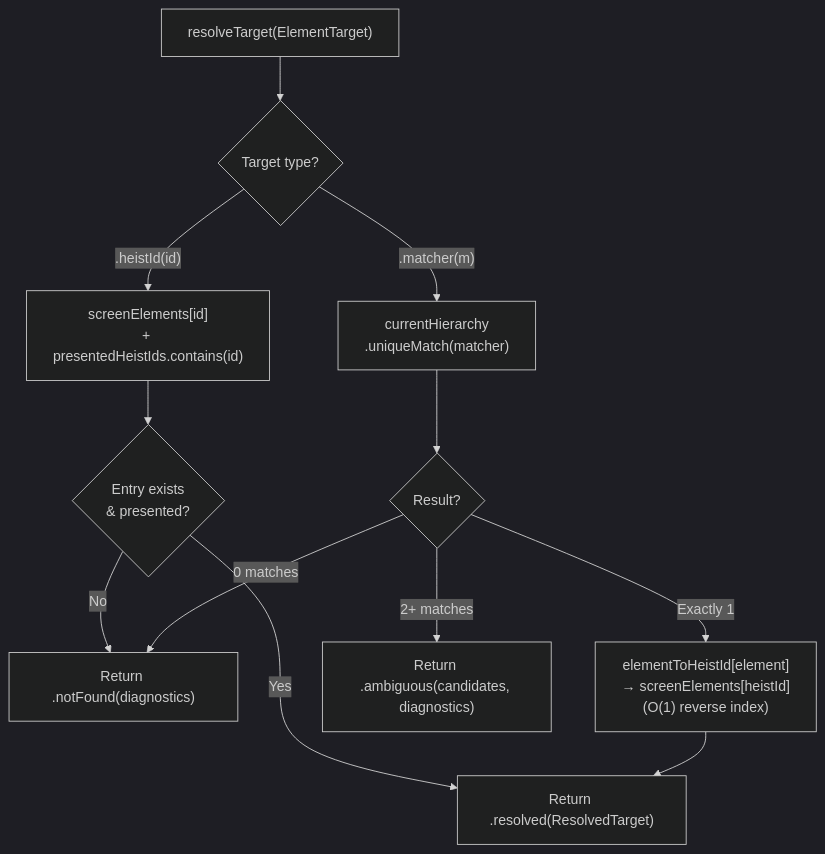
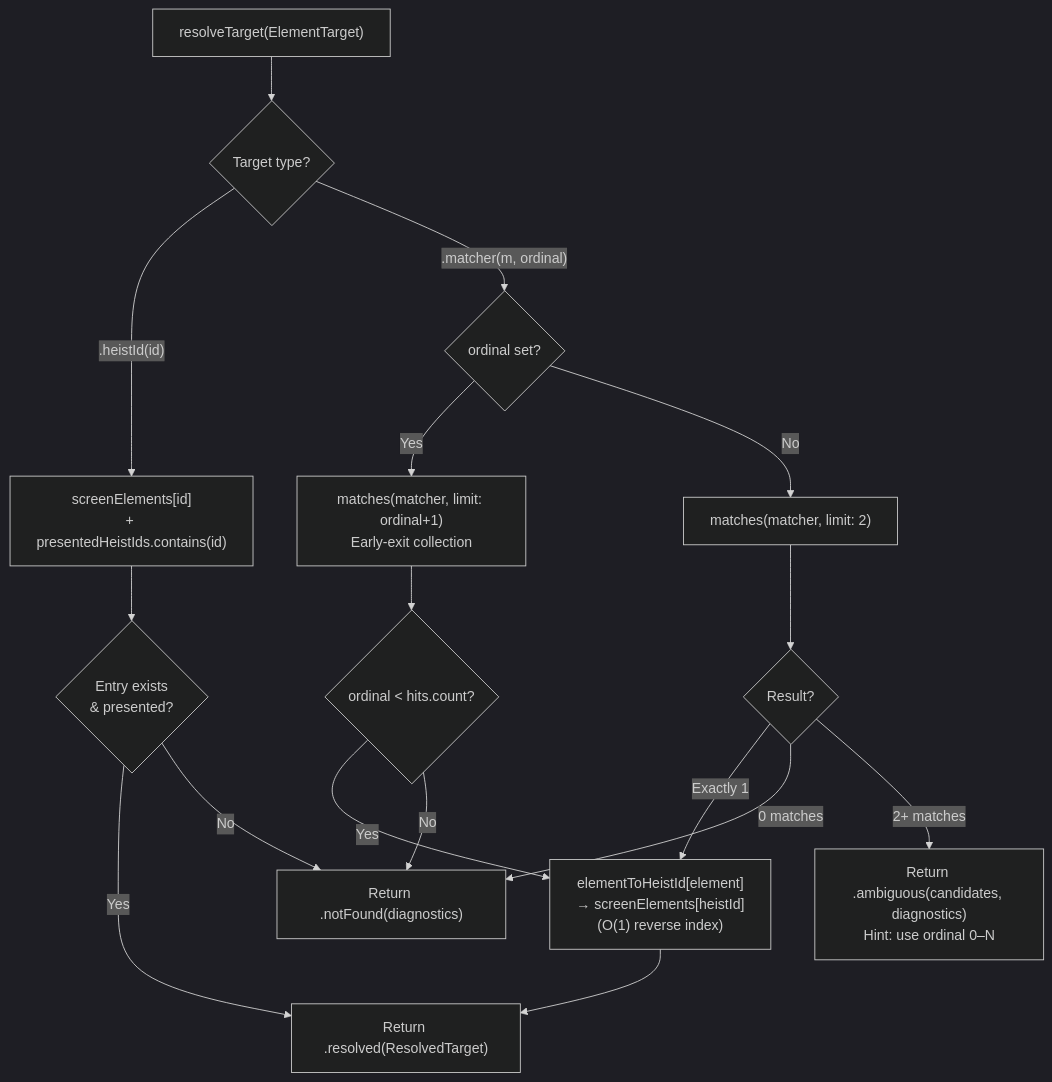
One commit to RoyalPineapple/TheButtonHeist changed the sixth of 7 diagrams in docs/dossiers/13-THEBAGMAN.md. Above: the diagram before and after it, drawn with Mermaid (dark theme). The commit also changed 17 other files, not shown here.

First line of the commit message:
Add ordinal selection to ElementTarget for disambiguating matches (#241)

````diff
--- a/docs/dossiers/13-THEBAGMAN.md
+++ b/docs/dossiers/13-THEBAGMAN.md
@@ -172,15 +172,21 @@
 ```mermaid
 flowchart TD
     A["resolveTarget(ElementTarget)"] --> B{Target type?}
     B -->|".heistId(id)"| C["screenElements[id]<br/>+ presentedHeistIds.contains(id)"]
     C --> D{Entry exists<br/>& presented?}
     D -->|Yes| E["Return .resolved(ResolvedTarget)"]
     D -->|No| F["Return .notFound(diagnostics)"]
 
-    B -->|".matcher(m)"| G["currentHierarchy<br/>.uniqueMatch(matcher)"]
-    G --> H{Result?}
-    H -->|Exactly 1| I["elementToHeistId[element]<br/>→ screenElements[heistId]<br/>(O(1) reverse index)"]
+    B -->|".matcher(m, ordinal)"| G{ordinal set?}
+    G -->|Yes| ORD["matches(matcher, limit: ordinal+1)<br/>Early-exit collection"]
+    ORD --> ORDCHK{ordinal < hits.count?}
+    ORDCHK -->|Yes| I["elementToHeistId[element]<br/>→ screenElements[heistId]<br/>(O(1) reverse index)"]
     I --> E
-    H -->|0 matches| F
-    H -->|2+ matches| AMB["Return .ambiguous(candidates, diagnostics)"]
+    ORDCHK -->|No| F
+
+    G -->|No| H["matches(matcher, limit: 2)"]
+    H --> K{Result?}
+    K -->|Exactly 1| I
+    K -->|0 matches| F
+    K -->|2+ matches| AMB["Return .ambiguous(candidates, diagnostics)<br/>Hint: use ordinal 0–N"]
 ```
````
